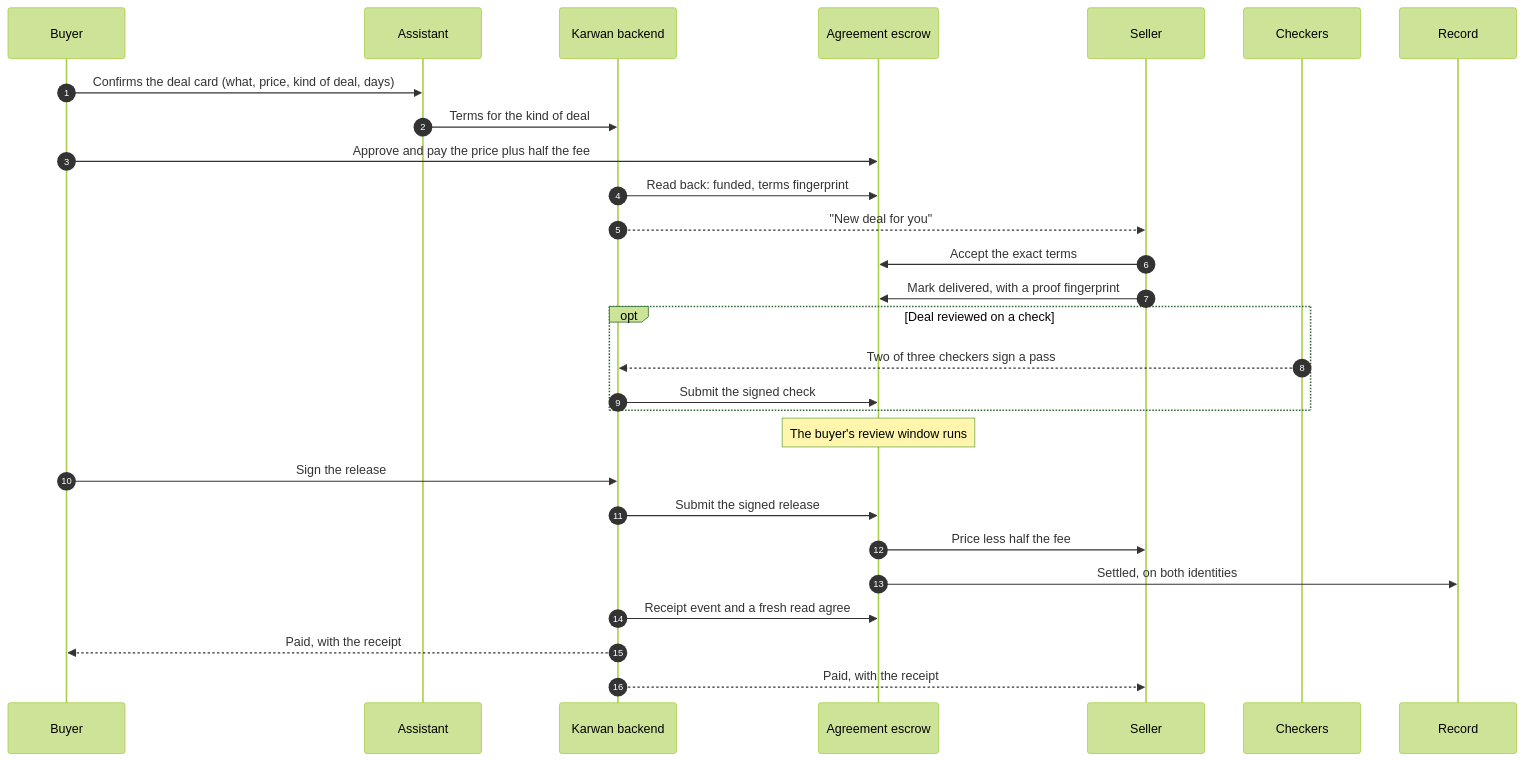
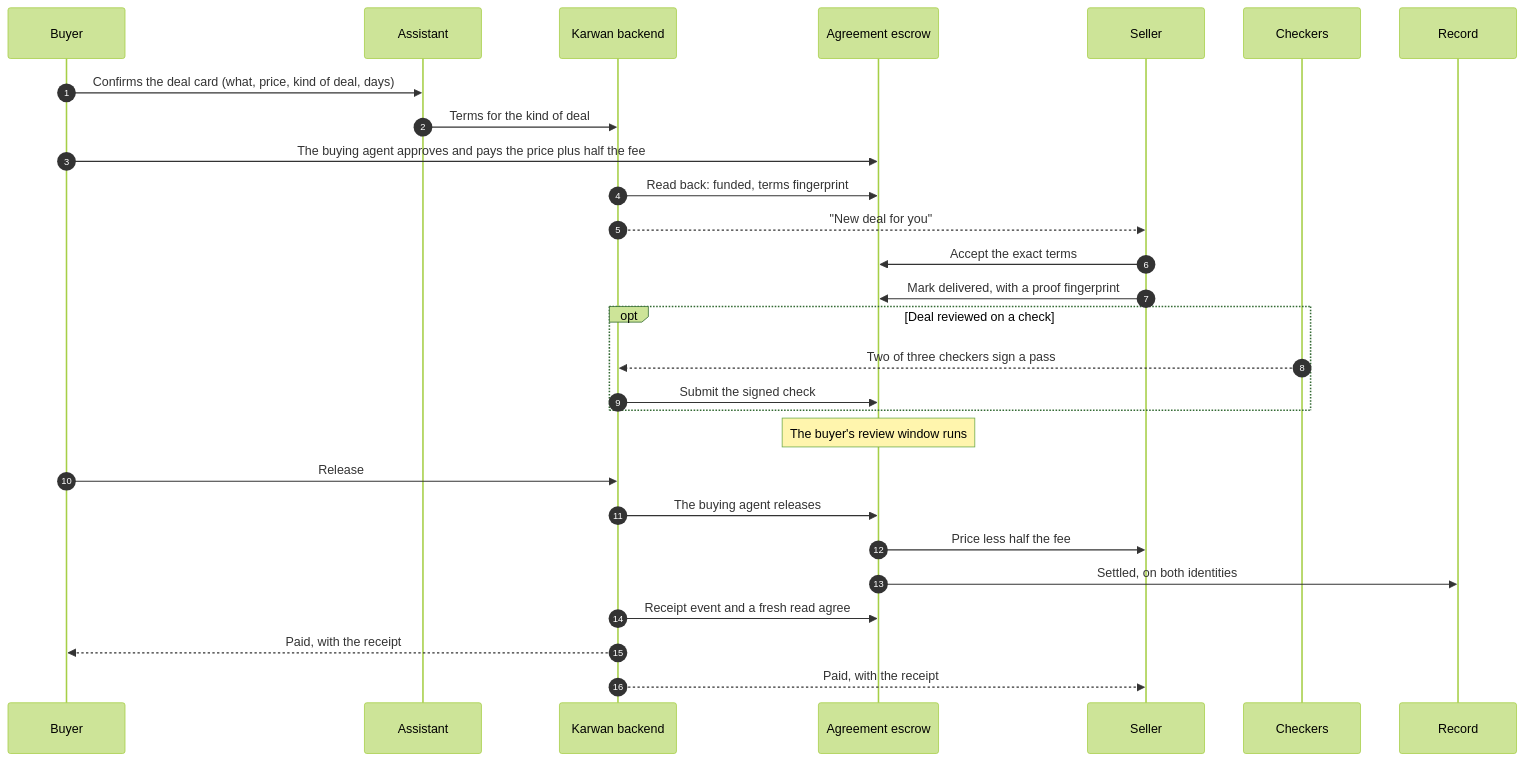
The second of 3 diagrams in docs/architecture/27-deals-on-the-escrow-family.md (Iziedking/Karwan), drawn with Mermaid (forest theme) before and after one commit. The commit also changed other lines of this file, not shown here.

Commit message:
docs(architecture): view 27 records the owner's decisions and who signs each step

````diff
--- a/docs/architecture/27-deals-on-the-escrow-family.md
+++ b/docs/architecture/27-deals-on-the-escrow-family.md
@@ -62,31 +61,31 @@
 ```mermaid
 sequenceDiagram
   autonumber
   participant B as Buyer
   participant A as Assistant
   participant K as Karwan backend
   participant AE as Agreement escrow
   participant S as Seller
   participant C as Checkers
   participant R as Record
 
   B->>A: Confirms the deal card (what, price, kind of deal, days)
   A->>K: Terms for the kind of deal
-  B->>AE: Approve and pay the price plus half the fee
+  B->>AE: The buying agent approves and pays the price plus half the fee
   K->>AE: Read back: funded, terms fingerprint
   K-->>S: "New deal for you"
   S->>AE: Accept the exact terms
   S->>AE: Mark delivered, with a proof fingerprint
   opt Deal reviewed on a check
     C-->>K: Two of three checkers sign a pass
     K->>AE: Submit the signed check
   end
   Note over AE: The buyer's review window runs
-  B->>K: Sign the release
-  K->>AE: Submit the signed release
+  B->>K: Release
+  K->>AE: The buying agent releases
   AE->>S: Price less half the fee
   AE->>R: Settled, on both identities
   K->>AE: Receipt event and a fresh read agree
   K-->>B: Paid, with the receipt
   K-->>S: Paid, with the receipt
 ```
````
